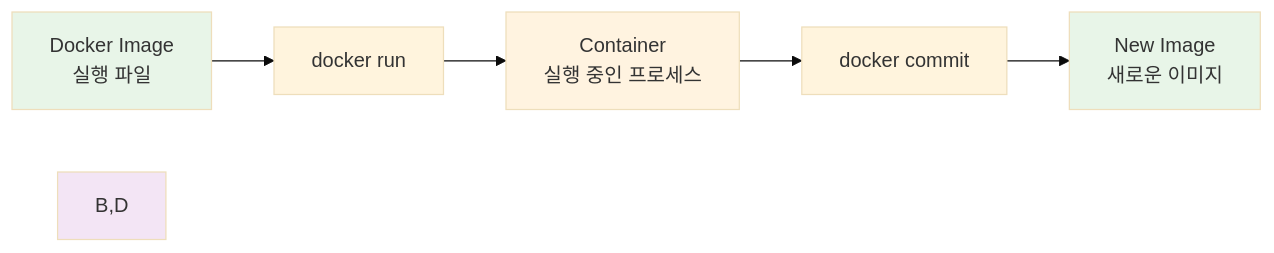
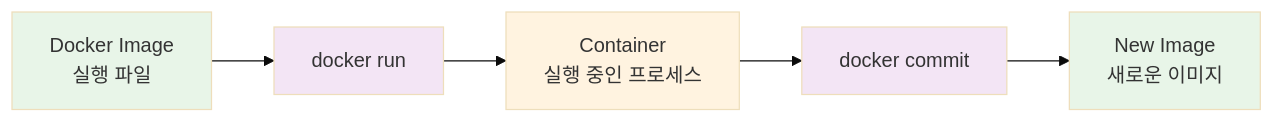
The second of 3 diagrams in theory/week_01/day2/session_2.md (niceguy61/kdt_devops_lecture_2025), drawn with Mermaid (base theme) before and after one commit.

````diff
--- a/theory/week_01/day2/session_2.md
+++ b/theory/week_01/day2/session_2.md
@@ -77,12 +77,13 @@
 ```mermaid
 graph LR
     A[Docker Image<br/>실행 파일] --> B[docker run]
     B --> C[Container<br/>실행 중인 프로세스]
     C --> D[docker commit]
     D --> E[New Image<br/>새로운 이미지]
     
     style A fill:#e8f5e8
     style E fill:#e8f5e8
     style C fill:#fff3e0
-    style B,D fill:#f3e5f5
+    style B fill:#f3e5f5
+    style D fill:#f3e5f5
 ```
````
